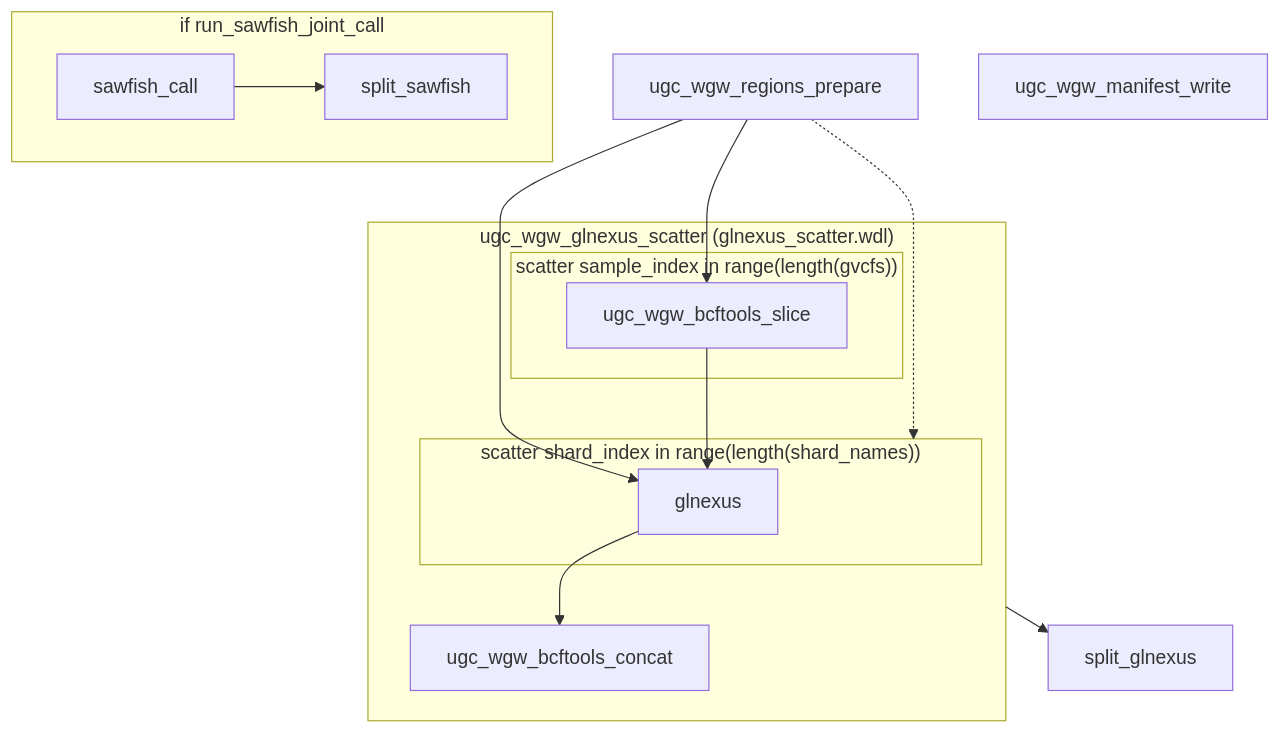
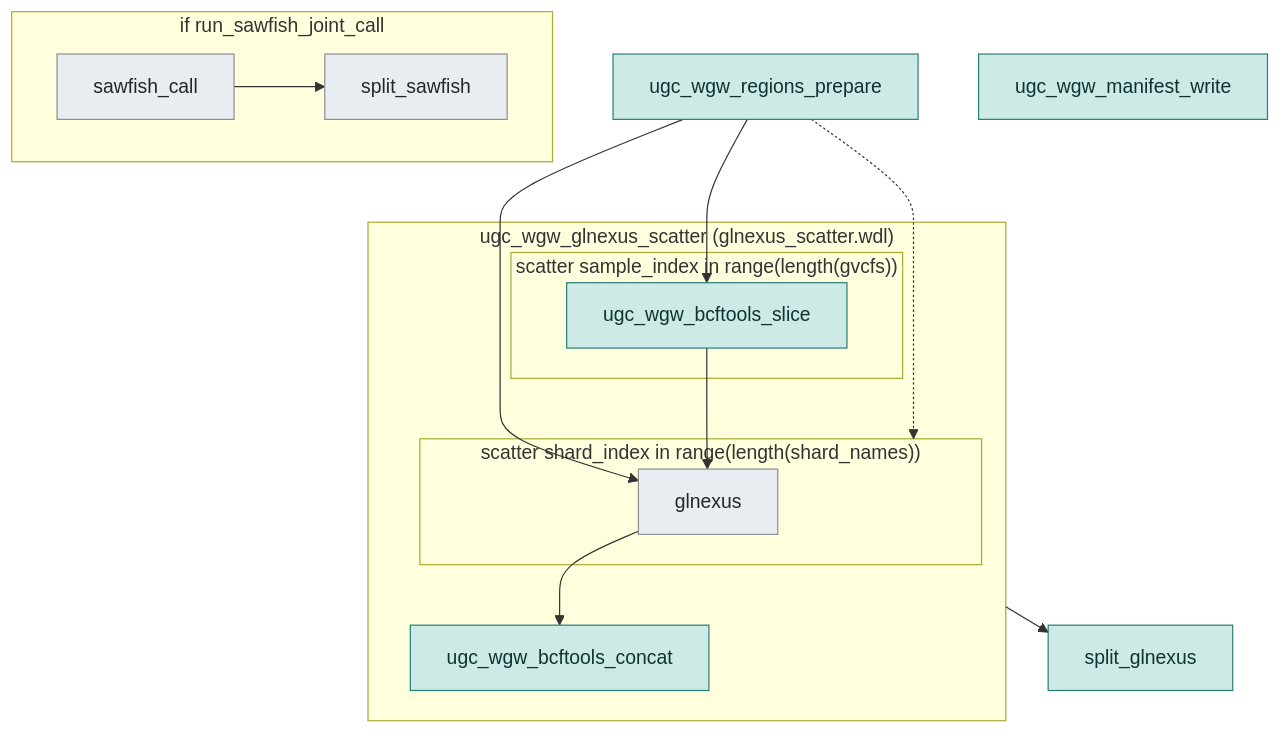
Before and after one commit to UppsalaGenomeCenter/ugc-wgw: the fourth of 13 diagrams in docs/guide/workflow-graphs.md, drawn with Mermaid. The commit also changed other lines of this file and 52 other files, not shown here.

First line of the commit message:
ugc-wgw 0.20.0

````diff
--- a/docs/guide/workflow-graphs.md
+++ b/docs/guide/workflow-graphs.md
@@ -350,26 +357,28 @@
 ```mermaid
 flowchart TD
-  n1["ugc_wgw_regions_prepare"]
+  n1["ugc_wgw_regions_prepare"]:::o
   subgraph s1["ugc_wgw_glnexus_scatter (glnexus_scatter.wdl)"]
     subgraph s2["scatter sample_index in range(length(gvcfs))"]
-      n2["ugc_wgw_bcftools_slice"]
+      n2["ugc_wgw_bcftools_slice"]:::o
     end
     subgraph s3["scatter shard_index in range(length(shard_names))"]
-      n3["glnexus"]
+      n3["glnexus"]:::u
     end
-    n4["ugc_wgw_bcftools_concat"]
+    n4["ugc_wgw_bcftools_concat"]:::o
   end
-  n5["split_glnexus"]
+  n5["split_glnexus"]:::o
   subgraph s4["if run_sawfish_joint_call"]
-    n6["sawfish_call"]
-    n7["split_sawfish"]
+    n6["sawfish_call"]:::u
+    n7["split_sawfish"]:::u
   end
-  n8["ugc_wgw_manifest_write"]
+  n8["ugc_wgw_manifest_write"]:::o
   n1 --> n2
   n1 --> n3
   n1 -.-> s3
   n2 --> n3
   n3 --> n4
   n6 --> n7
   s1 --> n5
+  classDef o fill:#cdeae6,stroke:#2a7f77,color:#0f3330
+  classDef u fill:#e9edf1,stroke:#8a8f95,color:#22272e
 ```
````
